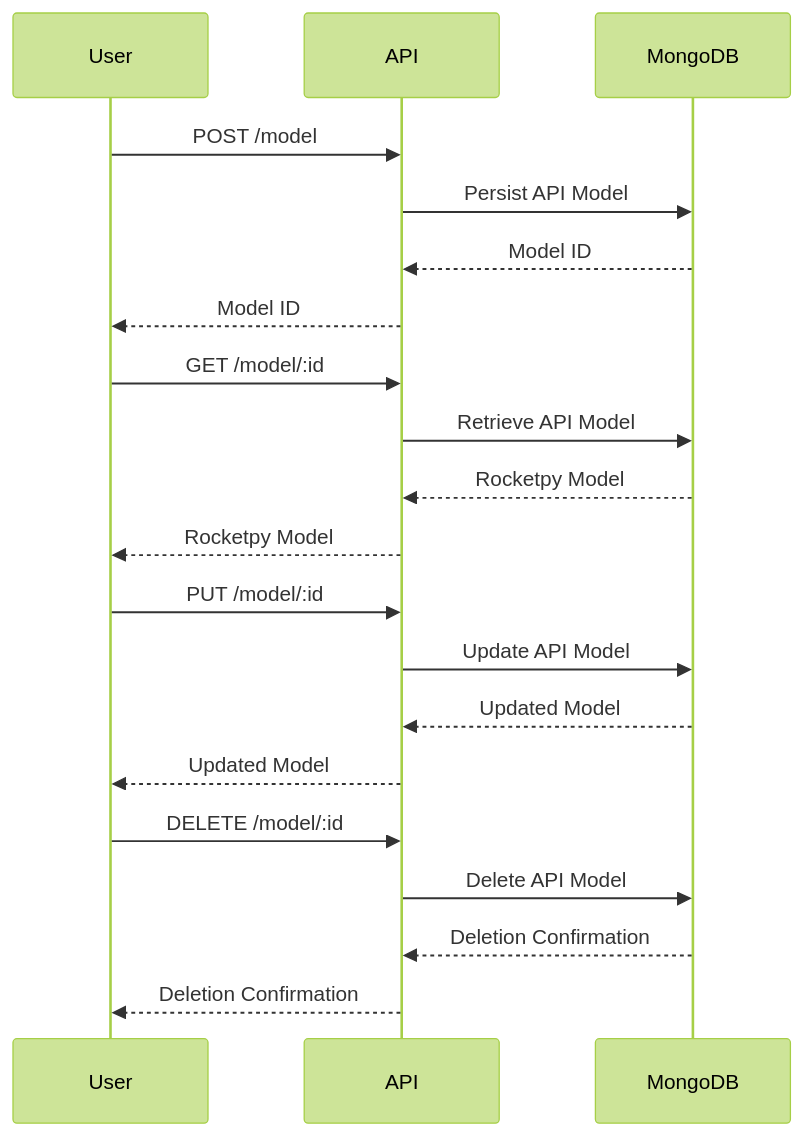
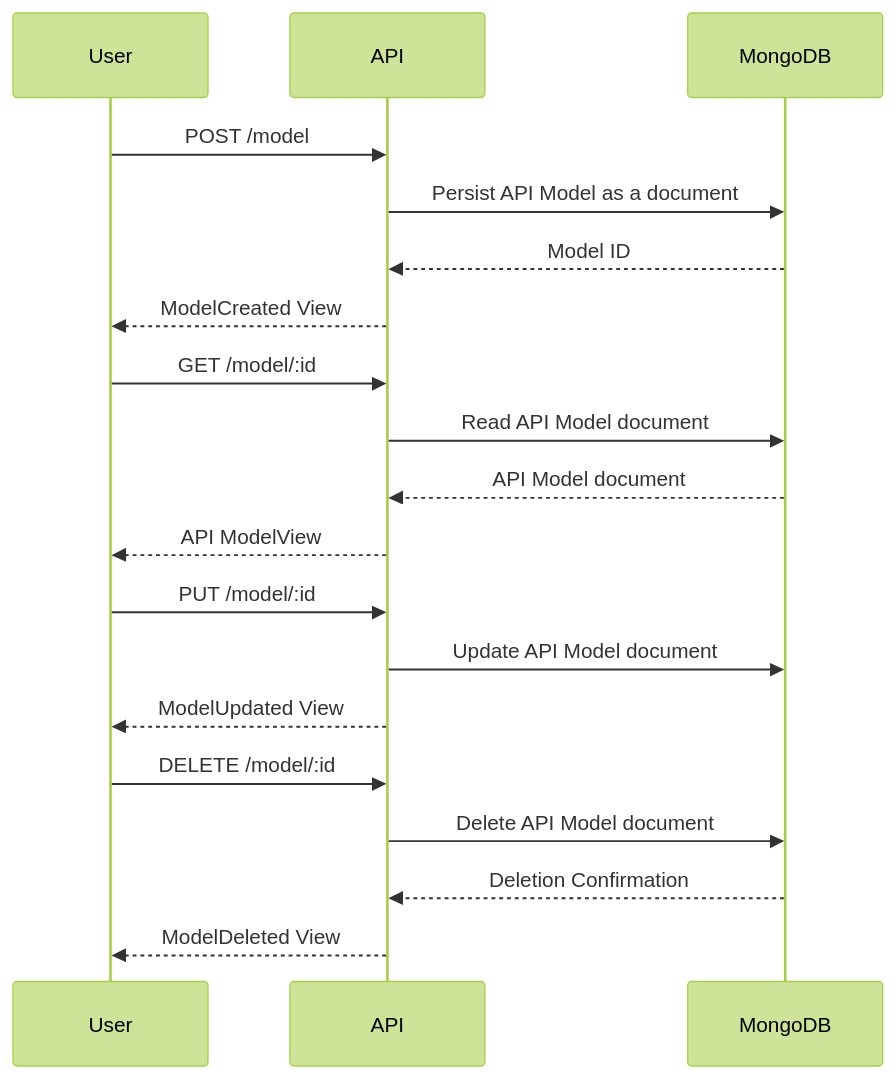
One commit to RocketPy-Team/Infinity-API changed the first of 2 diagrams in README.md. Above: the diagram before and after it, drawn with Mermaid (forest theme). The commit also changed other lines of this file, not shown here.

````diff
--- a/README.md
+++ b/README.md
@@ -134,27 +134,26 @@
 ```mermaid
 sequenceDiagram
     participant User
     participant API
     participant MongoDB
 
     User ->> API: POST /model    
-    API ->> MongoDB: Persist API Model
+    API ->> MongoDB: Persist API Model as a document
     MongoDB -->> API: Model ID
-    API -->> User: Model ID
+    API -->> User: ModelCreated View
 
     User ->> API: GET /model/:id
-    API ->> MongoDB: Retrieve API Model
-    MongoDB -->> API: Rocketpy Model
-    API -->> User: Rocketpy Model
+    API ->> MongoDB: Read API Model document
+    MongoDB -->> API: API Model document
+    API -->> User: API ModelView
 
     User ->> API: PUT /model/:id
-    API ->> MongoDB: Update API Model
-    MongoDB -->> API: Updated Model
-    API -->> User: Updated Model
+    API ->> MongoDB: Update API Model document
+    API -->> User: ModelUpdated View
 
     User ->> API: DELETE /model/:id
-    API ->> MongoDB: Delete API Model
+    API ->> MongoDB: Delete API Model document
     MongoDB -->> API: Deletion Confirmation
-    API -->> User: Deletion Confirmation
+    API -->> User: ModelDeleted View
 
 ```
````
